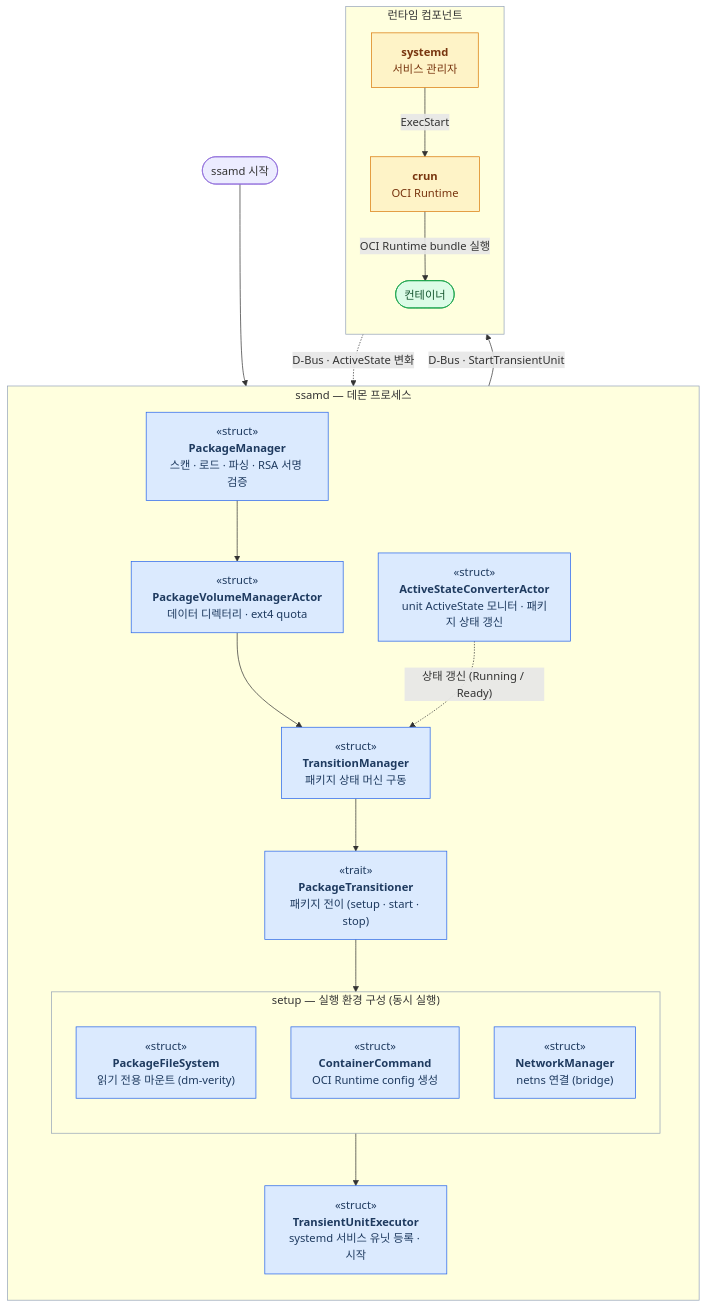
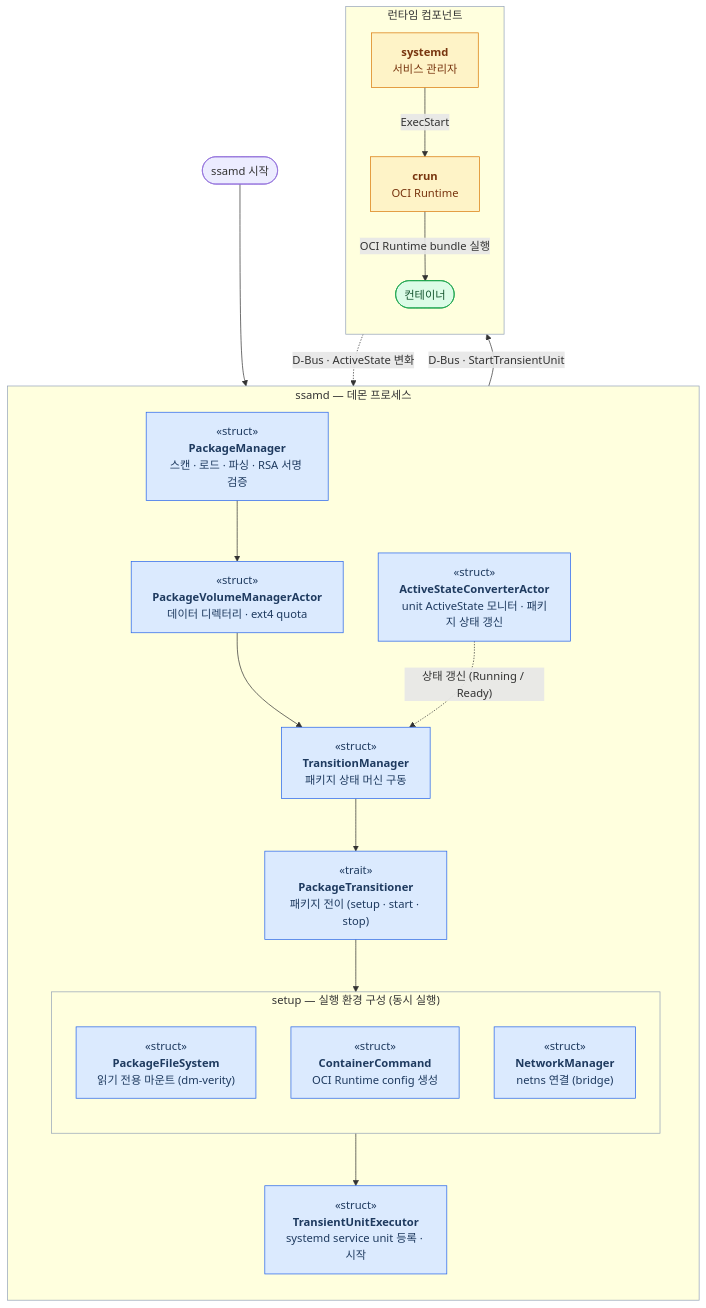
The first of 3 diagrams in docs/architecture/execution.ko.md (mobis-oss/ssam), drawn with Mermaid before and after one commit. The commit also changed other lines of this file and 35 other files, not shown here.

````diff
--- a/docs/architecture/execution.ko.md
+++ b/docs/architecture/execution.ko.md
@@ -26,41 +26,41 @@
 ```mermaid
 flowchart TB
   START(["ssamd 시작"]) --> PM
 
   subgraph SD["ssamd — 데몬 프로세스"]
     direction TB
     PM["«struct»<br/><b>PackageManager</b><br/>스캔 · 로드 · 파싱 · RSA 서명 검증"] --> PVM["«struct»<br/><b>PackageVolumeManagerActor</b><br/>데이터 디렉터리 · ext4 quota"]
     PVM --> TM["«struct»<br/><b>TransitionManager</b><br/>패키지 상태 머신 구동"]
     TM --> PT["«trait»<br/><b>PackageTransitioner</b><br/>패키지 전이 (setup · start · stop)"]
 
     subgraph SU["setup — 실행 환경 구성 (동시 실행)"]
       direction TB
       PFS["«struct»<br/><b>PackageFileSystem</b><br/>읽기 전용 마운트 (dm-verity)"]
       EC["«struct»<br/><b>ContainerCommand</b><br/>OCI Runtime config 생성"]
       NM["«struct»<br/><b>NetworkManager</b><br/>netns 연결 (bridge)"]
     end
 
     PT --> SU
-    SU --> CEB["«struct»<br/><b>TransientUnitExecutor</b><br/>systemd 서비스 유닛 등록 · 시작"]
+    SU --> CEB["«struct»<br/><b>TransientUnitExecutor</b><br/>systemd service unit 등록 · 시작"]
     ASM["«struct»<br/><b>ActiveStateConverterActor</b><br/>unit ActiveState 모니터 · 패키지 상태 갱신"] -.->|"상태 갱신 (Running / Ready)"| TM
   end
 
   CEB -->|"D-Bus · StartTransientUnit"| SY
   SY -.->|"D-Bus · ActiveState 변화"| ASM
 
   subgraph EXT["런타임 컴포넌트"]
     direction TB
     SY["<b>systemd</b><br/>서비스 관리자"] -->|"ExecStart"| CR["<b>crun</b><br/>OCI Runtime"]
     CR -->|"OCI Runtime bundle 실행"| CT(["컨테이너"])
   end
 
   classDef actor fill:#dbeafe,stroke:#2563eb,color:#1e3a5f;
   classDef ext fill:#fef3c7,stroke:#d97706,color:#78350f;
   classDef result fill:#dcfce7,stroke:#16a34a,color:#14532d;
   class PM,TM,PT,PFS,EC,NM,PVM,CEB,ASM actor;
   class SY,CR ext;
   class CT result;
   style SD stroke:#94a3b8
   style SU stroke:#94a3b8
   style EXT stroke:#94a3b8
 ```
````
